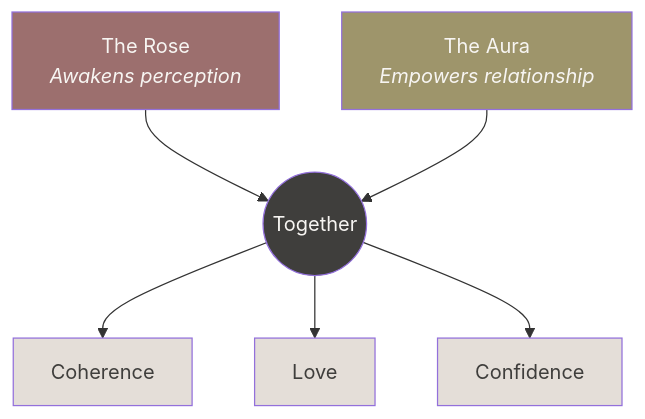
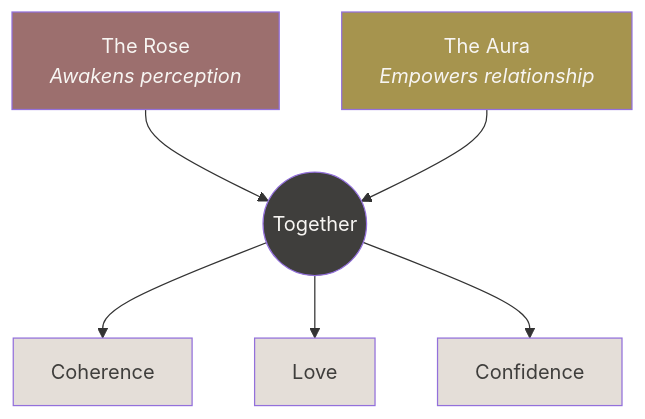
Diagram 18 of 28 in docs/brand-dna.md (Light-Brands/roses-os), drawn with Mermaid before and after one commit. The commit also changed other lines of this file and 1 other file, not shown here.

````diff
--- a/docs/brand-dna.md
+++ b/docs/brand-dna.md
@@ -989,19 +989,19 @@
 ```mermaid
 graph TD
     ROSE["The Rose<br/><i>Awakens perception</i>"]
     AURA["The Aura<br/><i>Empowers relationship</i>"]
 
     ROSE --> SYNERGY((Together))
     AURA --> SYNERGY
 
     SYNERGY --> COH["Coherence"]
     SYNERGY --> LOV["Love"]
     SYNERGY --> CON["Confidence"]
 
     style ROSE fill:#9C6F6E,color:#F7F5F2
-    style AURA fill:#9E956B,color:#F7F5F2
+    style AURA fill:#A6944E,color:#F7F5F2
     style SYNERGY fill:#3F3E3C,color:#F7F5F2
     style COH fill:#E4DED8,color:#3F3E3C
     style LOV fill:#E4DED8,color:#3F3E3C
     style CON fill:#E4DED8,color:#3F3E3C
 ```
````
